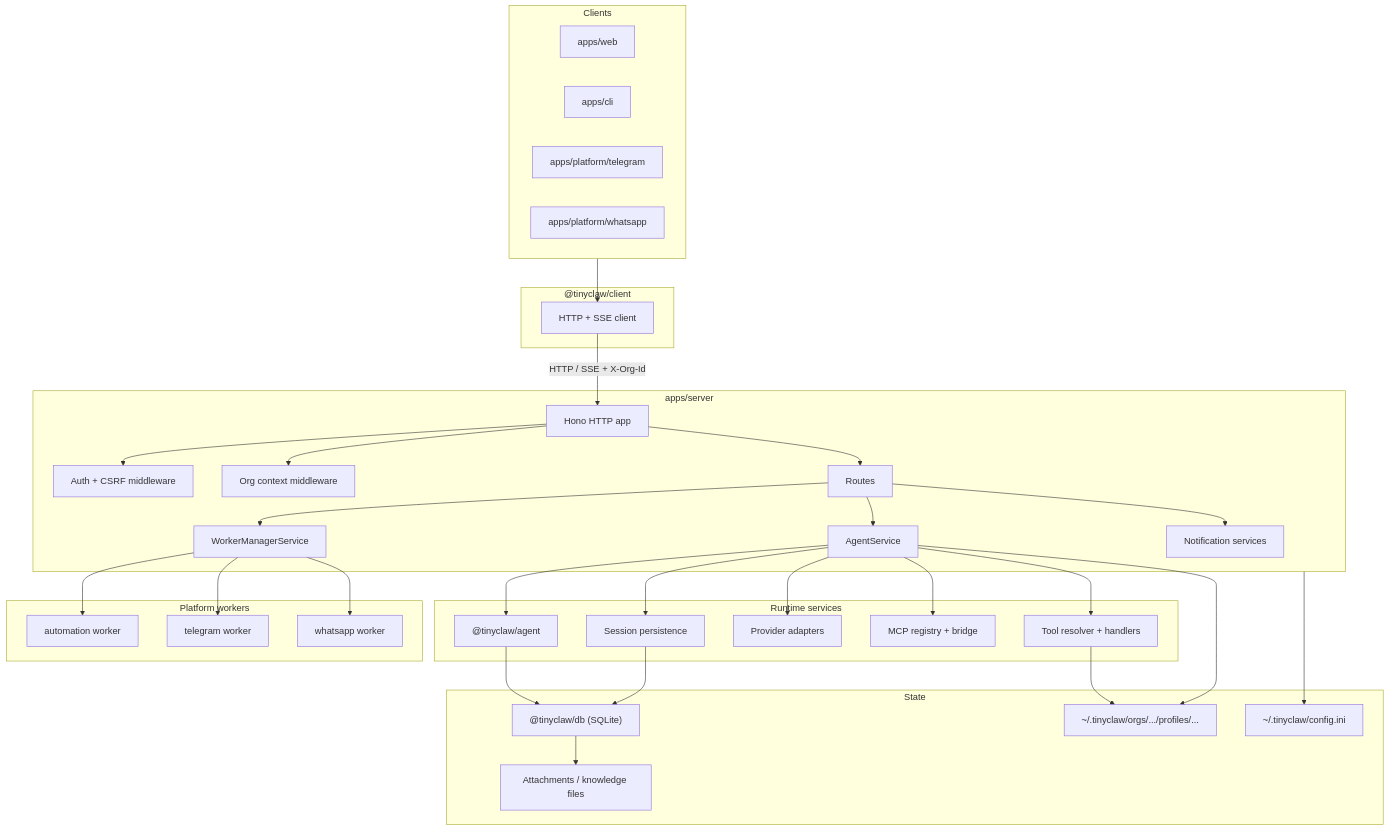
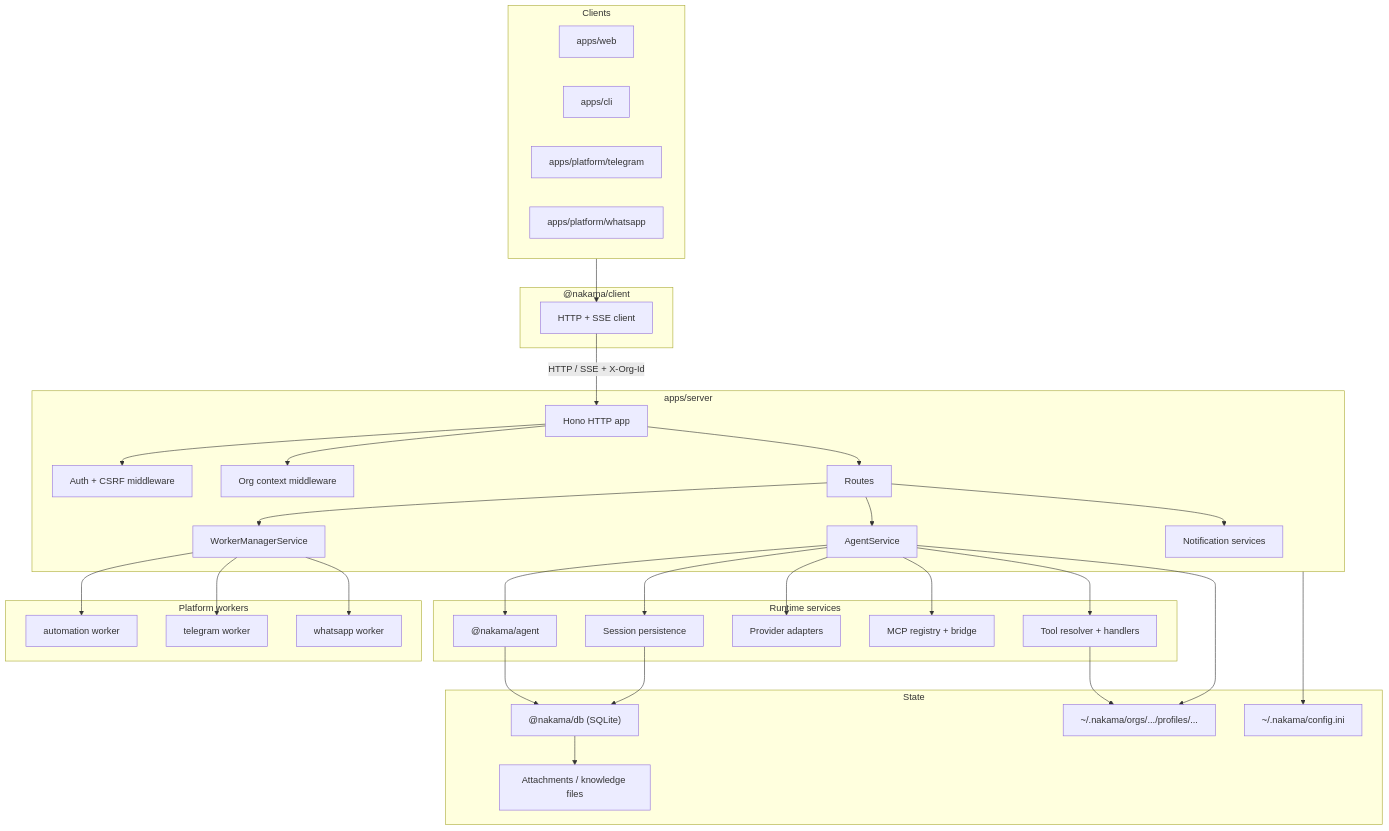
Before and after one commit to ahmadrosid/nakama: the diagram in ARCHITECTURE.md, drawn with Mermaid. The commit also changed other lines of this file and 414 other files, not shown here.

````diff
--- a/ARCHITECTURE.md
+++ b/ARCHITECTURE.md
@@ -7,67 +7,67 @@
 ```mermaid
 flowchart TB
   subgraph clients ["Clients"]
     web["apps/web"]
     cli["apps/cli"]
     tg["apps/platform/telegram"]
     wa["apps/platform/whatsapp"]
   end
 
-  subgraph sdk ["@tinyclaw/client"]
+  subgraph sdk ["@nakama/client"]
     client["HTTP + SSE client"]
   end
 
   subgraph server ["apps/server"]
     http["Hono HTTP app"]
     auth["Auth + CSRF middleware"]
     org["Org context middleware"]
     agent["AgentService"]
     routes["Routes"]
     workers["WorkerManagerService"]
     notif["Notification services"]
   end
 
   subgraph runtime ["Runtime services"]
-    harness["@tinyclaw/agent"]
+    harness["@nakama/agent"]
     tools["Tool resolver + handlers"]
     providers["Provider adapters"]
     mcp["MCP registry + bridge"]
     persist["Session persistence"]
   end
 
   subgraph data ["State"]
-    db["@tinyclaw/db (SQLite)"]
-    soul["~/.tinyclaw/orgs/.../profiles/..."]
-    config["~/.tinyclaw/config.ini"]
+    db["@nakama/db (SQLite)"]
+    soul["~/.nakama/orgs/.../profiles/..."]
+    config["~/.nakama/config.ini"]
     files["Attachments / knowledge files"]
   end
 
   subgraph workers2 ["Platform workers"]
     automation["automation worker"]
     telegram["telegram worker"]
     whatsapp["whatsapp worker"]
   end
 
   clients --> client
   client -->|"HTTP / SSE + X-Org-Id"| http
   http --> auth
   http --> org
   http --> routes
   routes --> agent
   routes --> workers
   routes --> notif
   agent --> harness
   agent --> tools
   agent --> providers
   agent --> mcp
   agent --> persist
   harness --> db
   persist --> db
   tools --> soul
   agent --> soul
   db --> files
   server --> config
   workers --> automation
   workers --> telegram
   workers --> whatsapp
 ```
````
